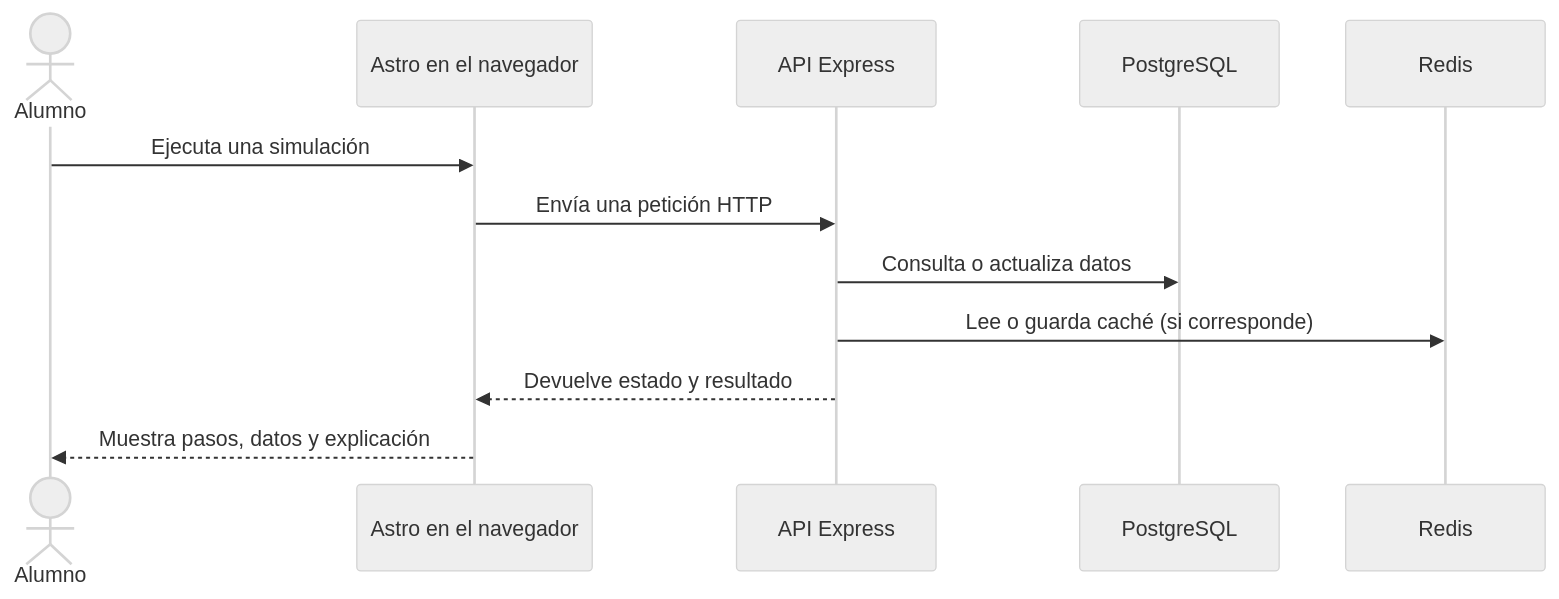
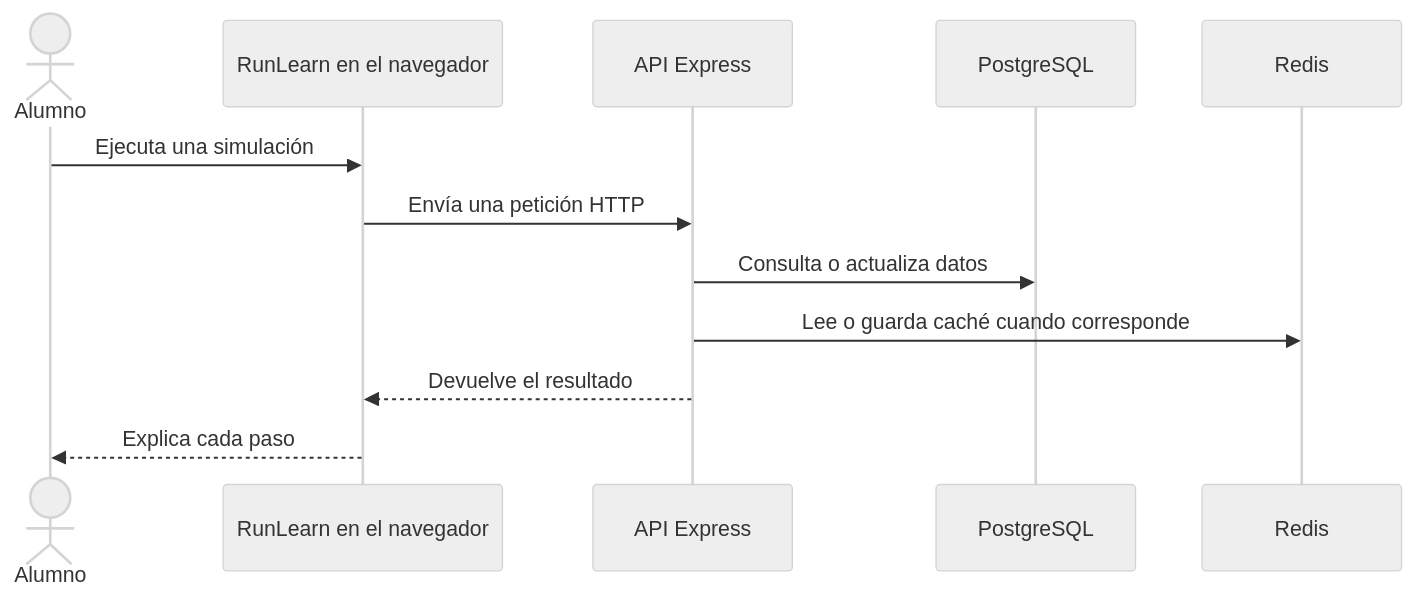
The diagram in README.md (EnzoPatino/RunLearn), drawn with Mermaid (neutral theme) before and after one commit. The commit also changed other lines of this file, not shown here.

Commit message:
docs: refresh README to reflect RunLearn experience

````diff
--- a/README.md
+++ b/README.md
@@ -20,14 +31,14 @@
 ```mermaid
 sequenceDiagram
     actor Alumno
-    participant Web as Astro en el navegador
+    participant UI as RunLearn en el navegador
     participant API as API Express
     participant DB as PostgreSQL
-    participant Cache as Redis
-    Alumno->>Web: Ejecuta una simulación
-    Web->>API: Envía una petición HTTP
+    participant Redis
+    Alumno->>UI: Ejecuta una simulación
+    UI->>API: Envía una petición HTTP
     API->>DB: Consulta o actualiza datos
-    API->>Cache: Lee o guarda caché (si corresponde)
-    API-->>Web: Devuelve estado y resultado
-    Web-->>Alumno: Muestra pasos, datos y explicación
+    API->>Redis: Lee o guarda caché cuando corresponde
+    API-->>UI: Devuelve el resultado
+    UI-->>Alumno: Explica cada paso
 ```
````
